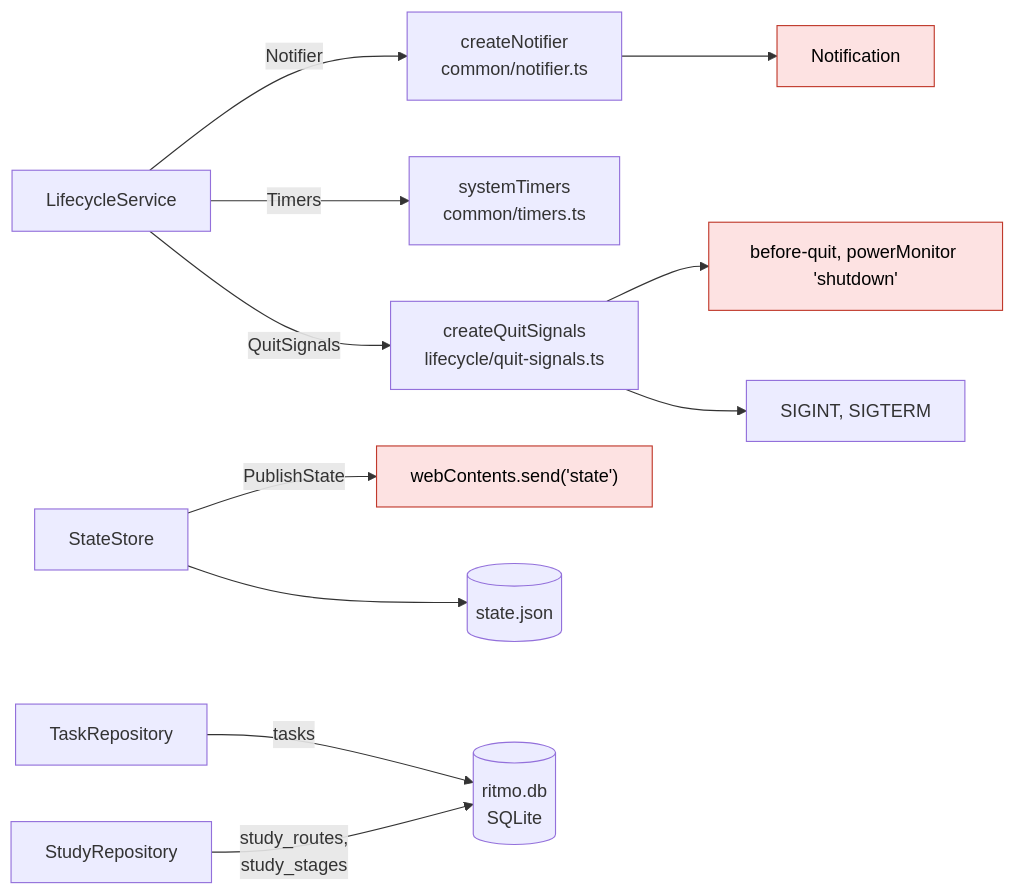
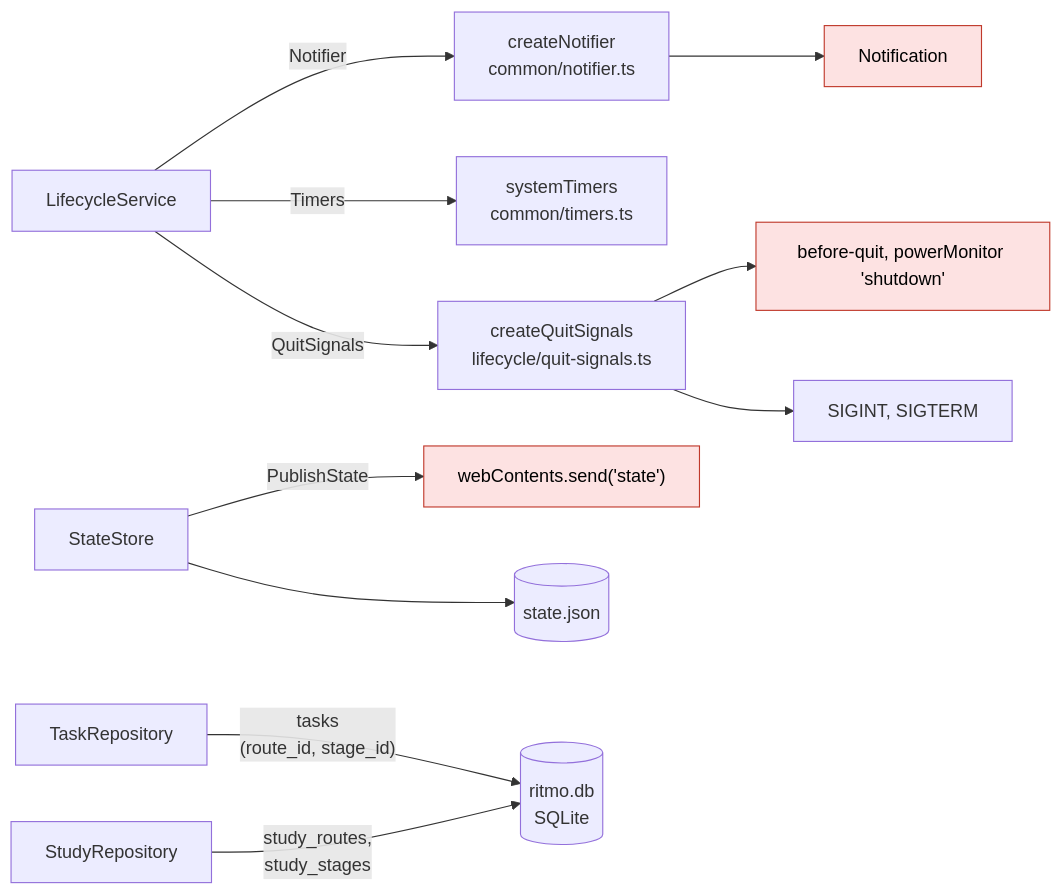
The seventh of 13 diagrams in docs/arquitectura.md (DevJuan95/ritmo), drawn with Mermaid before and after one commit. The commit also changed other lines of this file and 30 other files, not shown here.

````diff
--- a/docs/arquitectura.md
+++ b/docs/arquitectura.md
@@ -220,29 +222,29 @@
 ```mermaid
 flowchart LR
   lifecycle["LifecycleService"]
   store["StateStore"]
   repo["TaskRepository"]
   studyRepo["StudyRepository"]
   notifier["createNotifier<br/>common/notifier.ts"]
   timers["systemTimers<br/>common/timers.ts"]
   quit["createQuitSignals<br/>lifecycle/quit-signals.ts"]
   send["webContents.send('state')"]:::electron
   notification["Notification"]:::electron
   salida["before-quit, powerMonitor 'shutdown'"]:::electron
   signals["SIGINT, SIGTERM"]
   json[("state.json")]
   db[("ritmo.db<br/>SQLite")]
 
   lifecycle -- "Notifier" --> notifier
   lifecycle -- "Timers" --> timers
   lifecycle -- "QuitSignals" --> quit
   store -- "PublishState" --> send
   store --> json
-  repo -- "tasks" --> db
+  repo -- "tasks<br/>(route_id, stage_id)" --> db
   studyRepo -- "study_routes,<br/>study_stages" --> db
   notifier --> notification
   quit --> salida
   quit --> signals
 
   classDef electron fill:#fde2e2,stroke:#c0392b,color:#000
 ```
````
